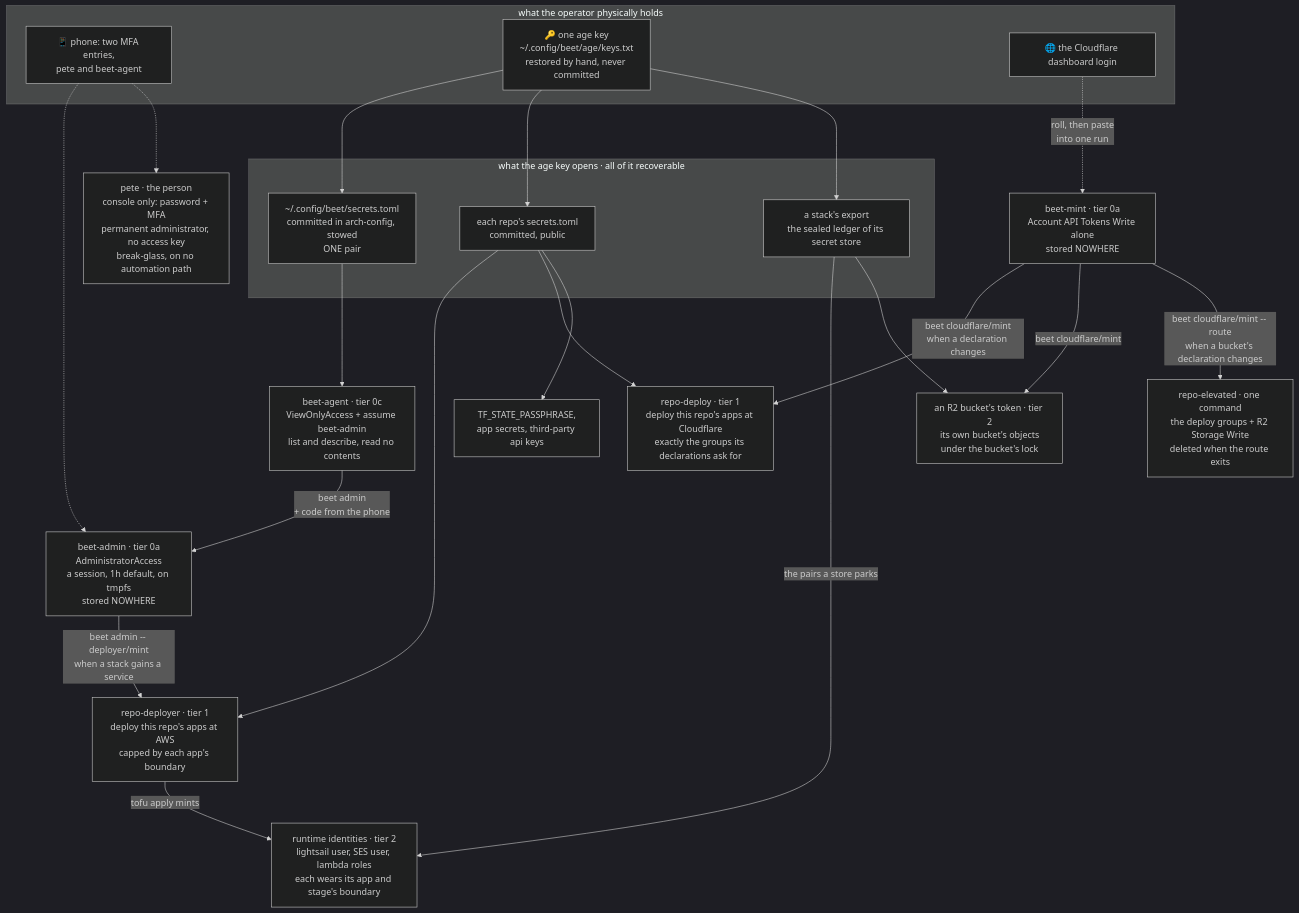
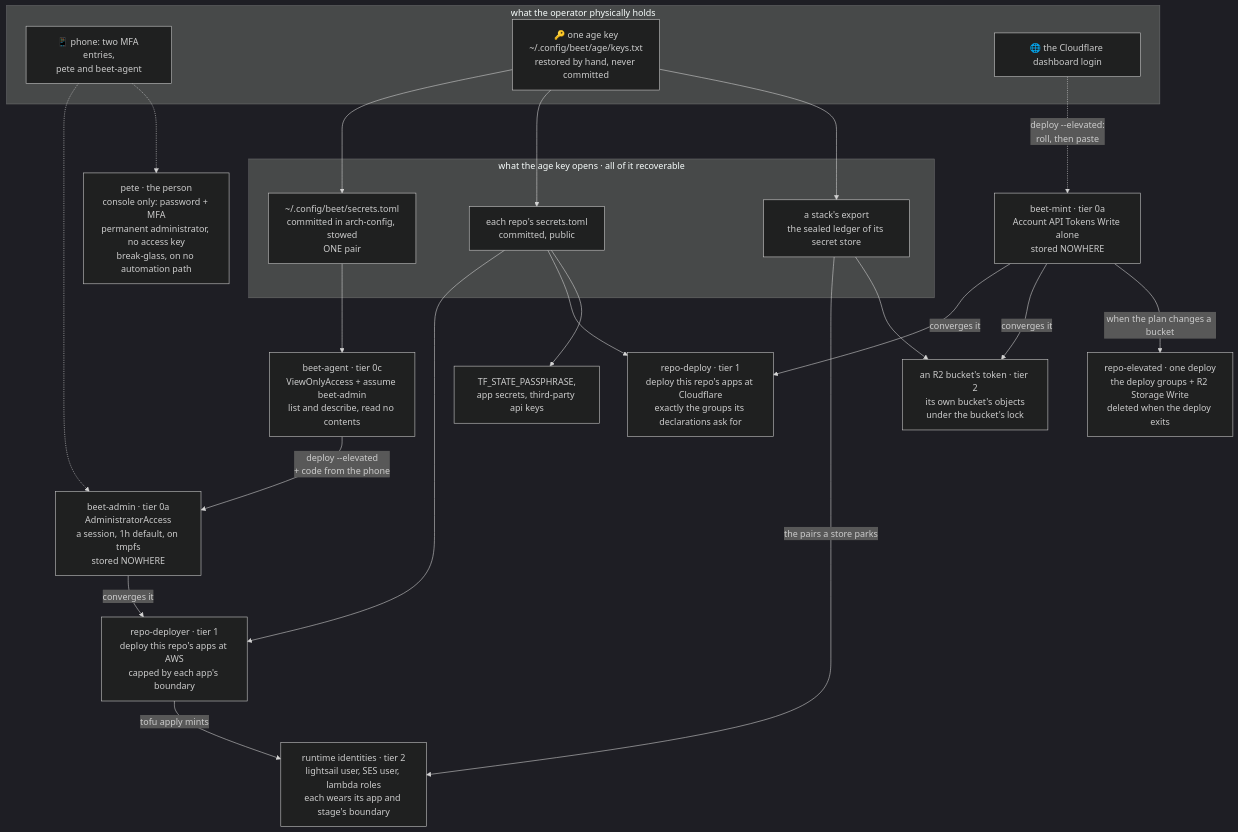
The diagram in site/routes/docs/secrets.md (mrchantey/beet), drawn with Mermaid (dark theme) before and after one commit. The commit also changed other lines of this file and 73 other files, not shown here.

````diff
--- a/site/routes/docs/secrets.md
+++ b/site/routes/docs/secrets.md
@@ -387,38 +389,38 @@
 ```mermaid
 flowchart TB
     subgraph you["what the operator physically holds"]
         phone["📱 phone: two MFA entries,<br/>pete and beet-agent"]
         age["🔑 one age key<br/>~/.config/beet/age/keys.txt<br/>restored by hand, never committed"]
         login["🌐 the Cloudflare dashboard login"]
     end
 
     subgraph sealed["what the age key opens · all of it recoverable"]
         global["~/.config/beet/secrets.toml<br/>committed in arch-config, stowed<br/>ONE pair"]
         repo["each repo's secrets.toml<br/>committed, public"]
         ledger["a stack's export<br/>the sealed ledger of its secret store"]
     end
 
     age --> global
     age --> repo
     age --> ledger
 
     global --> agent["beet-agent · tier 0c<br/>ViewOnlyAccess + assume beet-admin<br/>list and describe, read no contents"]
     repo --> deployer["repo-deployer · tier 1<br/>deploy this repo's apps at AWS<br/>capped by each app's boundary"]
     repo --> cfdeploy["repo-deploy · tier 1<br/>deploy this repo's apps at Cloudflare<br/>exactly the groups its declarations ask for"]
     repo --> other["TF_STATE_PASSPHRASE,<br/>app secrets, third-party api keys"]
 
-    agent -->|"beet admin<br/>+ code from the phone"| admin["beet-admin · tier 0a<br/>AdministratorAccess<br/>a session, 1h default, on tmpfs<br/>stored NOWHERE"]
+    agent -->|"deploy --elevated<br/>+ code from the phone"| admin["beet-admin · tier 0a<br/>AdministratorAccess<br/>a session, 1h default, on tmpfs<br/>stored NOWHERE"]
     phone -.-> admin
-    login -.->|"roll, then paste<br/>into one run"| mint["beet-mint · tier 0a<br/>Account API Tokens Write alone<br/>stored NOWHERE"]
+    login -.->|"deploy --elevated:<br/>roll, then paste"| mint["beet-mint · tier 0a<br/>Account API Tokens Write alone<br/>stored NOWHERE"]
 
     deployer -->|"tofu apply mints"| runtime["runtime identities · tier 2<br/>lightsail user, SES user, lambda roles<br/>each wears its app and stage's boundary"]
-    admin -->|"beet admin -- deployer/mint<br/>when a stack gains a service"| deployer
-    mint -->|"beet cloudflare/mint<br/>when a declaration changes"| cfdeploy
-    mint -->|"beet cloudflare/mint"| bucket["an R2 bucket's token · tier 2<br/>its own bucket's objects<br/>under the bucket's lock"]
-    mint -->|"beet cloudflare/mint -- route<br/>when a bucket's declaration changes"| elevated["repo-elevated · one command<br/>the deploy groups + R2 Storage Write<br/>deleted when the route exits"]
+    admin -->|"converges it"| deployer
+    mint -->|"converges it"| cfdeploy
+    mint -->|"converges it"| bucket["an R2 bucket's token · tier 2<br/>its own bucket's objects<br/>under the bucket's lock"]
+    mint -->|"when the plan changes a bucket"| elevated["repo-elevated · one deploy<br/>the deploy groups + R2 Storage Write<br/>deleted when the deploy exits"]
     ledger -->|"the pairs a store parks"| runtime
     ledger --> bucket
 
     pete["pete · the person<br/>console only: password + MFA<br/>permanent administrator, no access key<br/>break-glass, on no automation path"]
     phone -.-> pete
 ```
````
